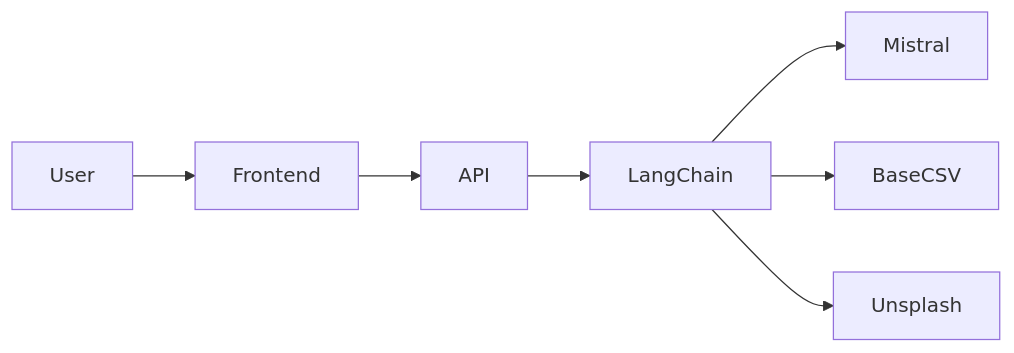
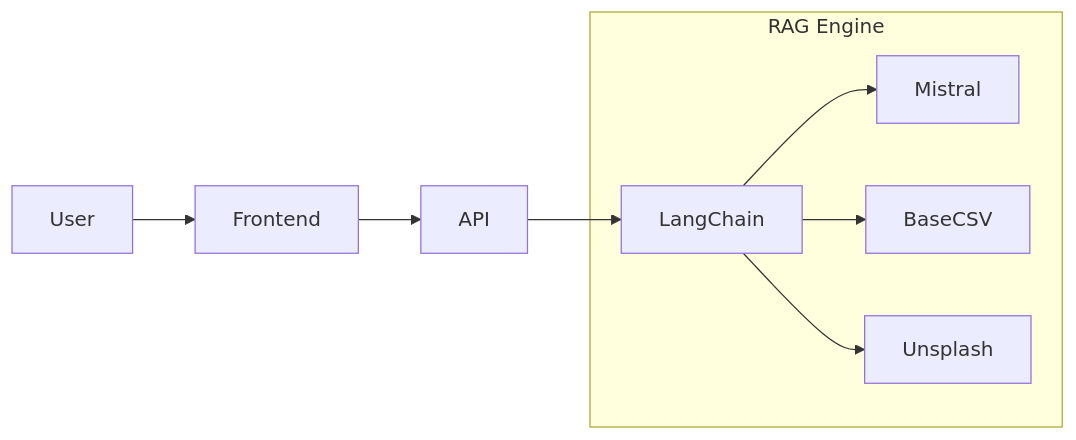
Before and after one commit to armelsoubeiga/aiBotanik: the first of 2 diagrams in README.md, drawn with Mermaid. The commit also changed other lines of this file, not shown here.

````diff
--- a/README.md
+++ b/README.md
@@ -7,9 +7,12 @@
 ```mermaid
 flowchart LR
   User --> Frontend
   Frontend --> API
   API --> LangChain
-  LangChain --> Mistral
-  LangChain --> BaseCSV
-  LangChain --> Unsplash
+
+  subgraph RAG Engine
+    LangChain --> Mistral
+    LangChain --> BaseCSV
+    LangChain --> Unsplash
+  end
 ```
````
